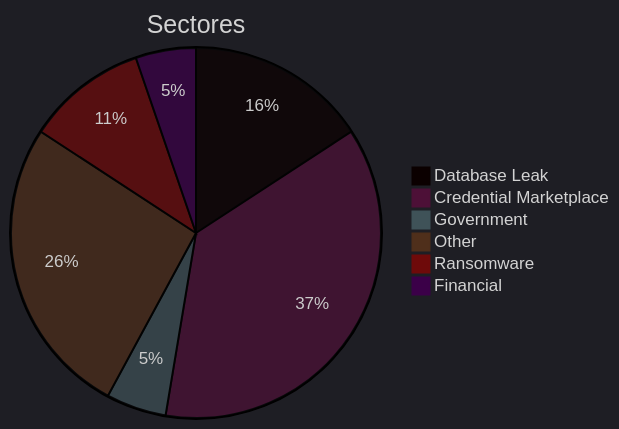
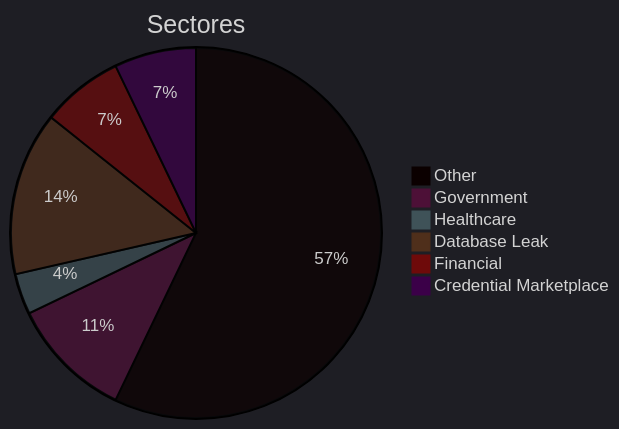
The second of 5 diagrams in exfiltradaz.md (ZoqueLabs/website), drawn with Mermaid before and after one commit. The commit also changed other lines of this file, not shown here.

````diff
--- a/exfiltradaz.md
+++ b/exfiltradaz.md
@@ -63,13 +70,13 @@
 ```mermaid
 ---
 config:
   theme: dark
 ---
 pie title Sectores
-  "Database Leak" : 3
-  "Credential Marketplace" : 7
-  "Government" : 1
-  "Other" : 5
-  "Ransomware" : 2
-  "Financial" : 1
+  "Other" : 16
+  "Government" : 3
+  "Healthcare" : 1
+  "Database Leak" : 4
+  "Financial" : 2
+  "Credential Marketplace" : 2
 ```
````
